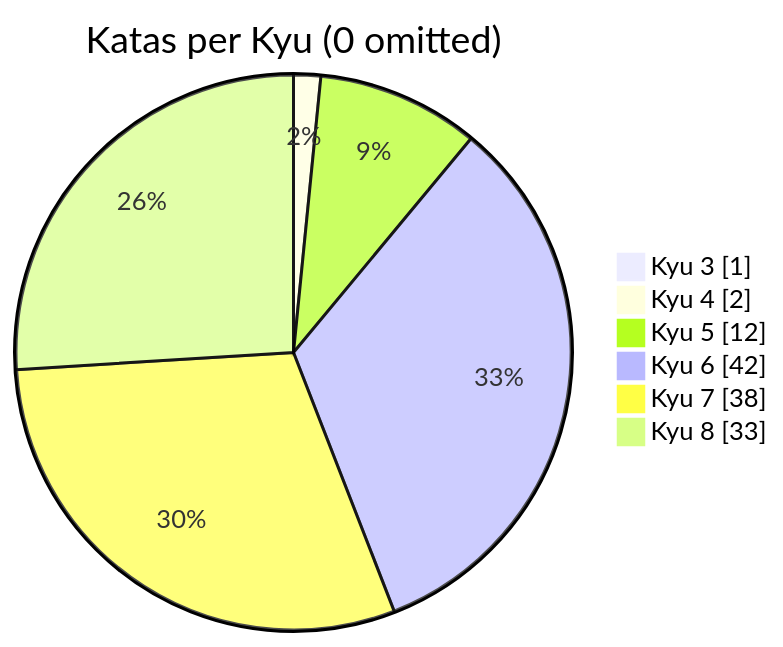
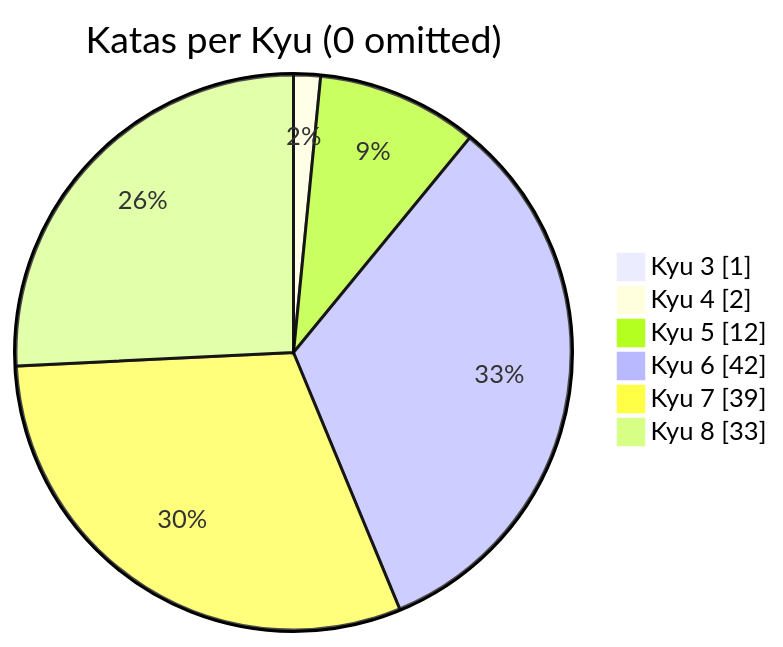
One commit to MauricioLudwig/codewars-typescript changed the diagram in README.md. Above: the diagram before and after it, drawn with Mermaid. The commit also changed other lines of this file, not shown here.

````diff
--- a/README.md
+++ b/README.md
@@ -21,10 +21,10 @@
 ```mermaid
 pie showData
     title Katas per Kyu (0 omitted)
 	"Kyu 3": 1
 	"Kyu 4": 2
 	"Kyu 5": 12
 	"Kyu 6": 42
-	"Kyu 7": 38
+	"Kyu 7": 39
 	"Kyu 8": 33
 ```
````
